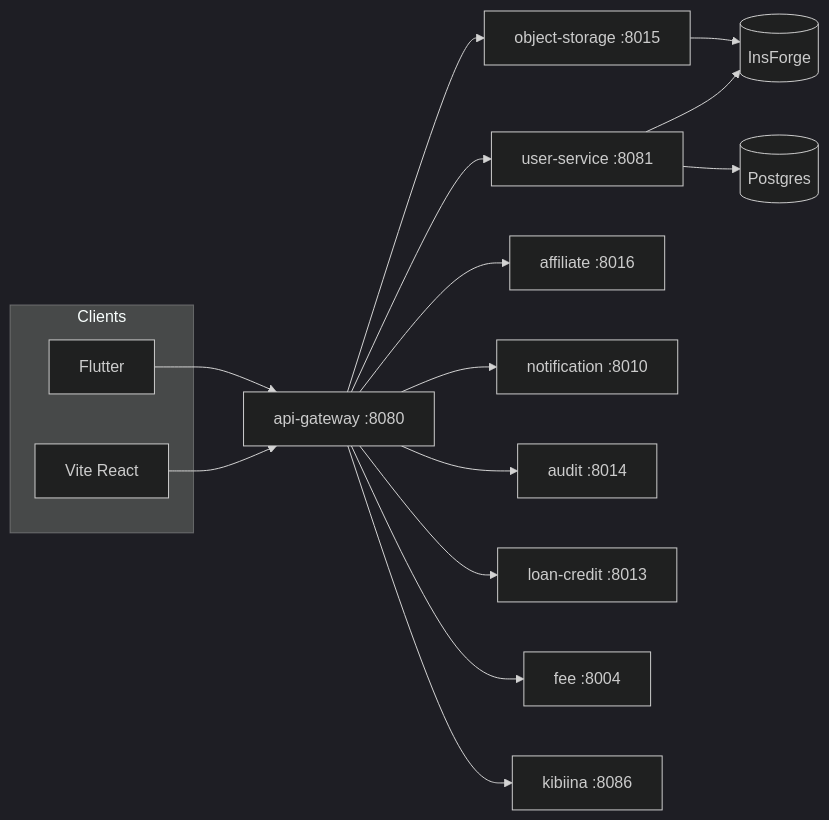
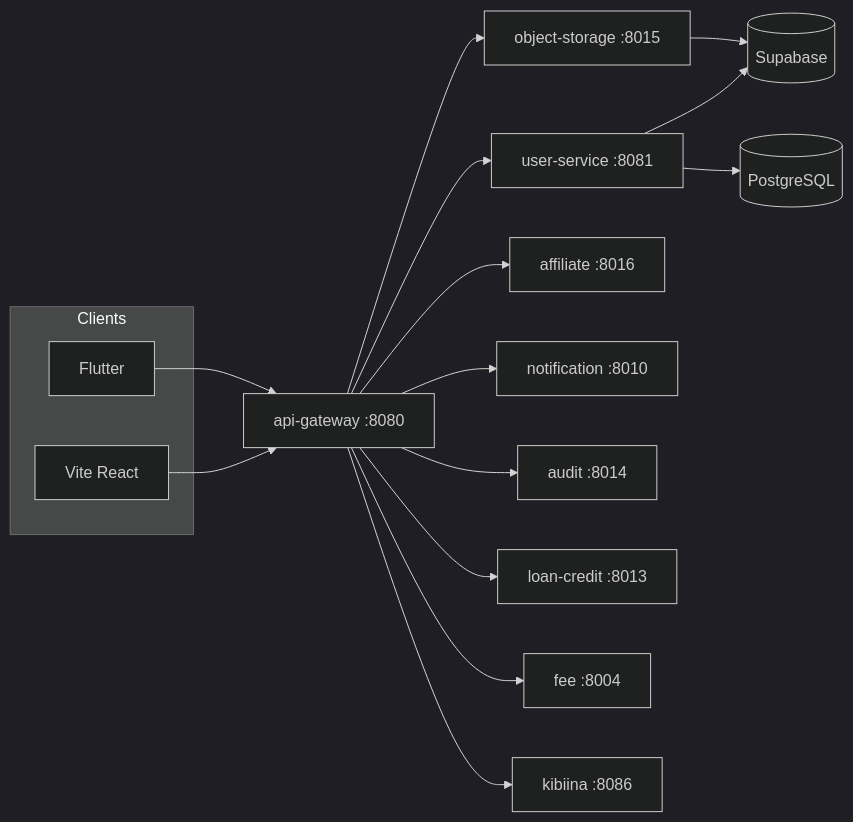
The diagram in README.md (tayosainfo/tayosaecosystem), drawn with Mermaid (dark theme) before and after one commit. The commit also changed other lines of this file and 82 other files, not shown here.

First line of the commit message:
Complete InsForge to Supabase migration

````diff
--- a/README.md
+++ b/README.md
@@ -32,32 +208,32 @@
 ```mermaid
 flowchart LR
   subgraph clients [Clients]
     Web[Vite React]
     Mobile[Flutter]
   end
   GW[api-gateway :8080]
   US[user-service :8081]
   ST[object-storage :8015]
   AF[affiliate :8016]
   NT[notification :8010]
   AU[audit :8014]
   LN[loan-credit :8013]
   FE[fee :8004]
   KB[kibiina :8086]
-  IF[(InsForge)]
-  PG[(Postgres)]
+  SB[(Supabase)]
+  PG[(PostgreSQL)]
 
   Web --> GW
   Mobile --> GW
   GW --> US
   GW --> ST
   GW --> AF
   GW --> NT
   GW --> AU
   GW --> LN
   GW --> FE
   GW --> KB
-  US --> IF
+  US --> SB
   US --> PG
-  ST --> IF
+  ST --> SB
 ```
````
